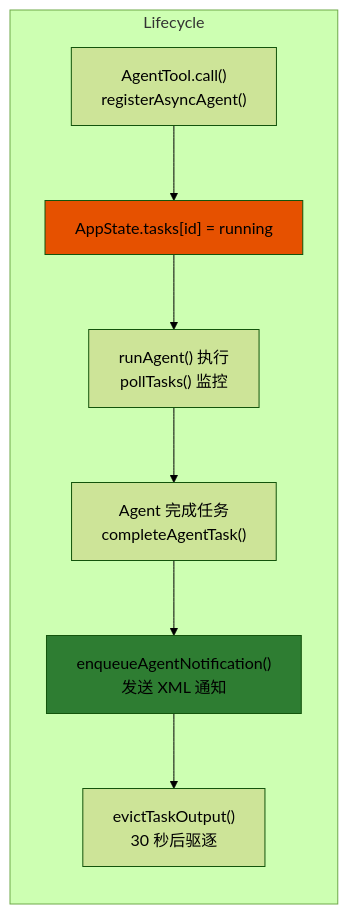
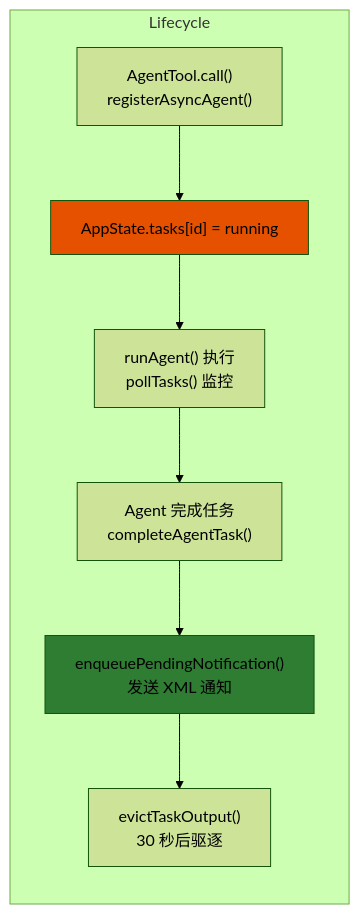
The second of 15 diagrams in claude-code/docs/deep/AGENT-SYSTEM.md (platootalp/harness-code), drawn with Mermaid (forest theme) before and after one commit. The commit also changed other lines of this file and 58 other files, not shown here.

````diff
--- a/claude-code/docs/deep/AGENT-SYSTEM.md
+++ b/claude-code/docs/deep/AGENT-SYSTEM.md
@@ -93,16 +93,16 @@
 ```mermaid
 flowchart LR
     subgraph Lifecycle
         L1["AgentTool.call()\nregisterAsyncAgent()"]
         L2["AppState.tasks[id] = running"]
         L3["runAgent() 执行\npollTasks() 监控"]
         L4["Agent 完成任务\ncompleteAgentTask()"]
-        L5["enqueueAgentNotification()\n发送 XML 通知"]
+        L5["enqueuePendingNotification()\n发送 XML 通知"]
         L6["evictTaskOutput()\n30 秒后驱逐"]
     end
 
     L1 --> L2 --> L3 --> L4 --> L5 --> L6
 
     style L2 fill:#e65100
     style L5 fill:#2e7d32
 ```
````
